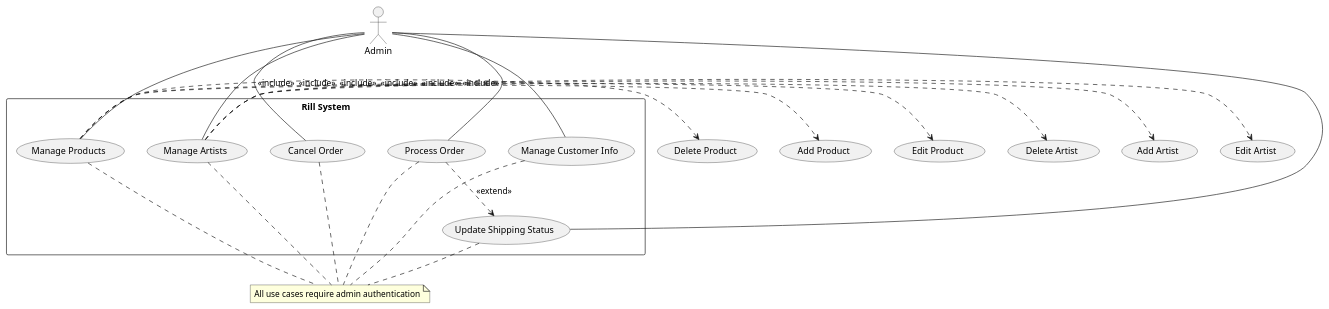
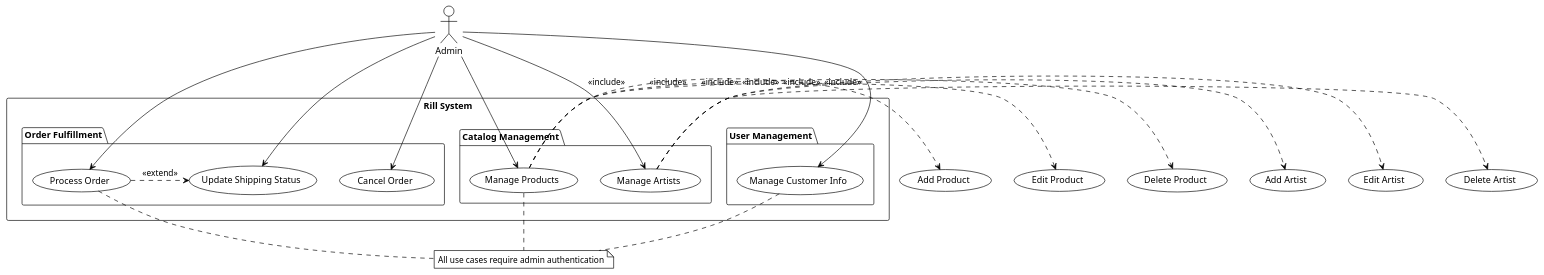
Before and after one commit to mttk2004/rill-system: the diagram in use-case/detailed/uc-3-admin-functions.puml, drawn with PlantUML. The commit also changed 2 other files, not shown here.

Commit message:
refactor: Improve layout of detailed use case diagrams
This commit refactors the PlantUML source for the three detailed use case diagrams to improve their visual layout and readability.

By adding explicit directional hints and grouping related elements, the updated diagrams now present a clearer, more intuitive flow, addressing the issue of the default auto-layout creating confusing or overlapping connections.

Changes include:
- `uc-1-account-management.puml`: Reorganized actors and use cases for a cleaner structure.
- `uc-2-customer-flow.puml`: Arranged use cases into a logical, top-to-bottom sequence representing the shopping flow.
- `uc-3-admin-functions.puml`: Grouped admin functions into packages for better thematic organization.

```diff
--- a/use-case/detailed/uc-3-admin-functions.puml
+++ b/use-case/detailed/uc-3-admin-functions.puml
@@ -1,44 +1,52 @@
 @startuml "UC-3: Admin Functions"
+' Layout improvement for better organization
 
-top to bottom direction
+!theme plain
 
 actor Admin
 
 rectangle "Rill System" {
-  usecase "Manage Products" as UC6
-  usecase "Manage Artists" as UC6b
-  usecase "Process Order" as UC9
-  usecase "Update Shipping Status" as UC10
-  usecase "Cancel Order" as UC11
-  usecase "Manage Customer Info" as UC13
+
+  package "Catalog Management" {
+    usecase "Manage Products" as UC6
+    usecase "Manage Artists" as UC6b
+  }
+
+  package "Order Fulfillment" {
+    usecase "Process Order" as UC9
+    usecase "Update Shipping Status" as UC10
+    usecase "Cancel Order" as UC11
+  }
+
+  package "User Management" {
+    usecase "Manage Customer Info" as UC13
+  }
 }
 
-Admin -- UC6
-Admin -- UC6b
-Admin -- UC9
-Admin -- UC10
-Admin -- UC11
-Admin -- UC13
+' Positioning and relationships
+Admin -down-> UC6
+Admin -down-> UC6b
+Admin -down-> UC9
+Admin -down-> UC10
+Admin -down-> UC11
+Admin -down-> UC13
+
+' Logical flow in Order Fulfillment
+UC9 .right.> UC10 : <<extend>>
 
 ' Breakdown of Product Management
 UC6 .> (Add Product) : <<include>>
 UC6 .> (Edit Product) : <<include>>
 UC6 .> (Delete Product) : <<include>>
 
 ' Breakdown of Artist Management
 UC6b .> (Add Artist) : <<include>>
 UC6b .> (Edit Artist) : <<include>>
 UC6b .> (Delete Artist) : <<include>>
 
-' Order Processing Flow
-UC9 ..> UC10 : <<extend>>
-
 note "All use cases require admin authentication" as N1
 UC6 .. N1
-UC6b .. N1
 UC9 .. N1
-UC10 .. N1
-UC11 .. N1
 UC13 .. N1
 
 @enduml
```
